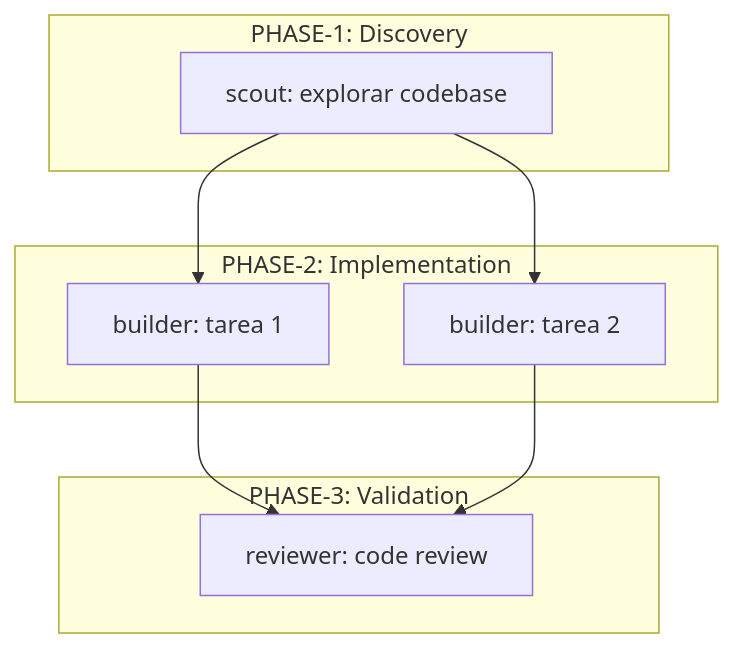
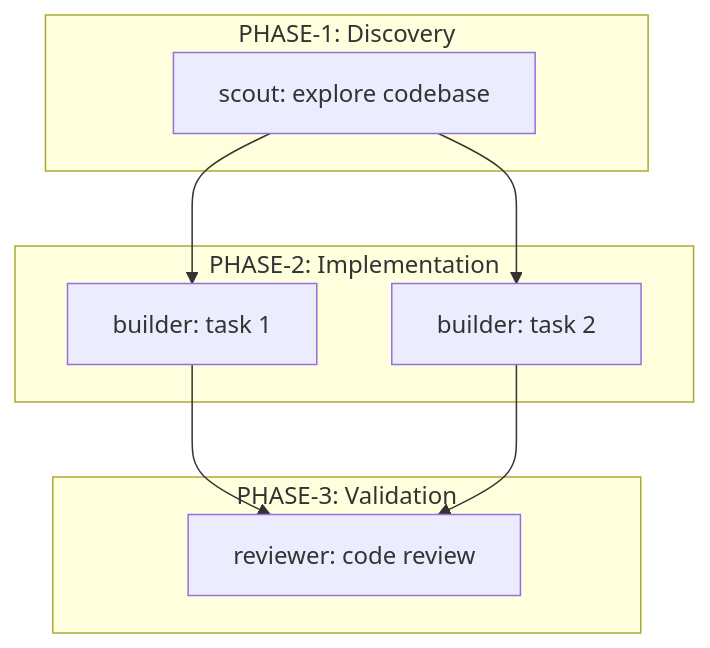
The diagram in .claude/commands/plan-with-team.md (MaciWP/claude-code-poneglyph), drawn with Mermaid before and after one commit. The commit also changed other lines of this file and 9 other files, not shown here.

````diff
--- a/.claude/commands/plan-with-team.md
+++ b/.claude/commands/plan-with-team.md
@@ -137,17 +137,17 @@
 ```mermaid
 graph TD
   subgraph "PHASE-1: Discovery"
-    S1[scout: explorar codebase]
+    S1[scout: explore codebase]
   end
   subgraph "PHASE-2: Implementation"
-    B1[builder: tarea 1]
-    B2[builder: tarea 2]
+    B1[builder: task 1]
+    B2[builder: task 2]
   end
   subgraph "PHASE-3: Validation"
     R1[reviewer: code review]
   end
   S1 --> B1
   S1 --> B2
   B1 --> R1
   B2 --> R1
 ```
````
